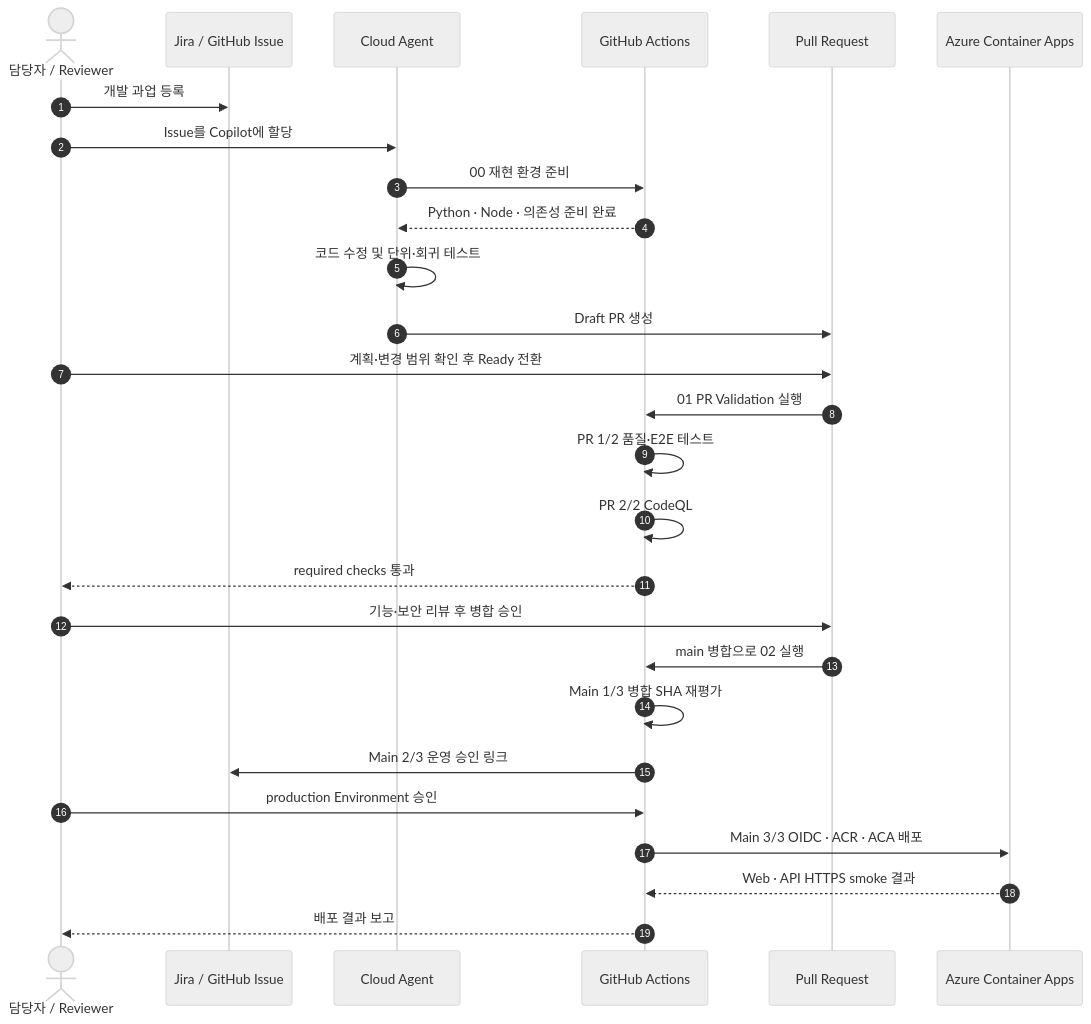
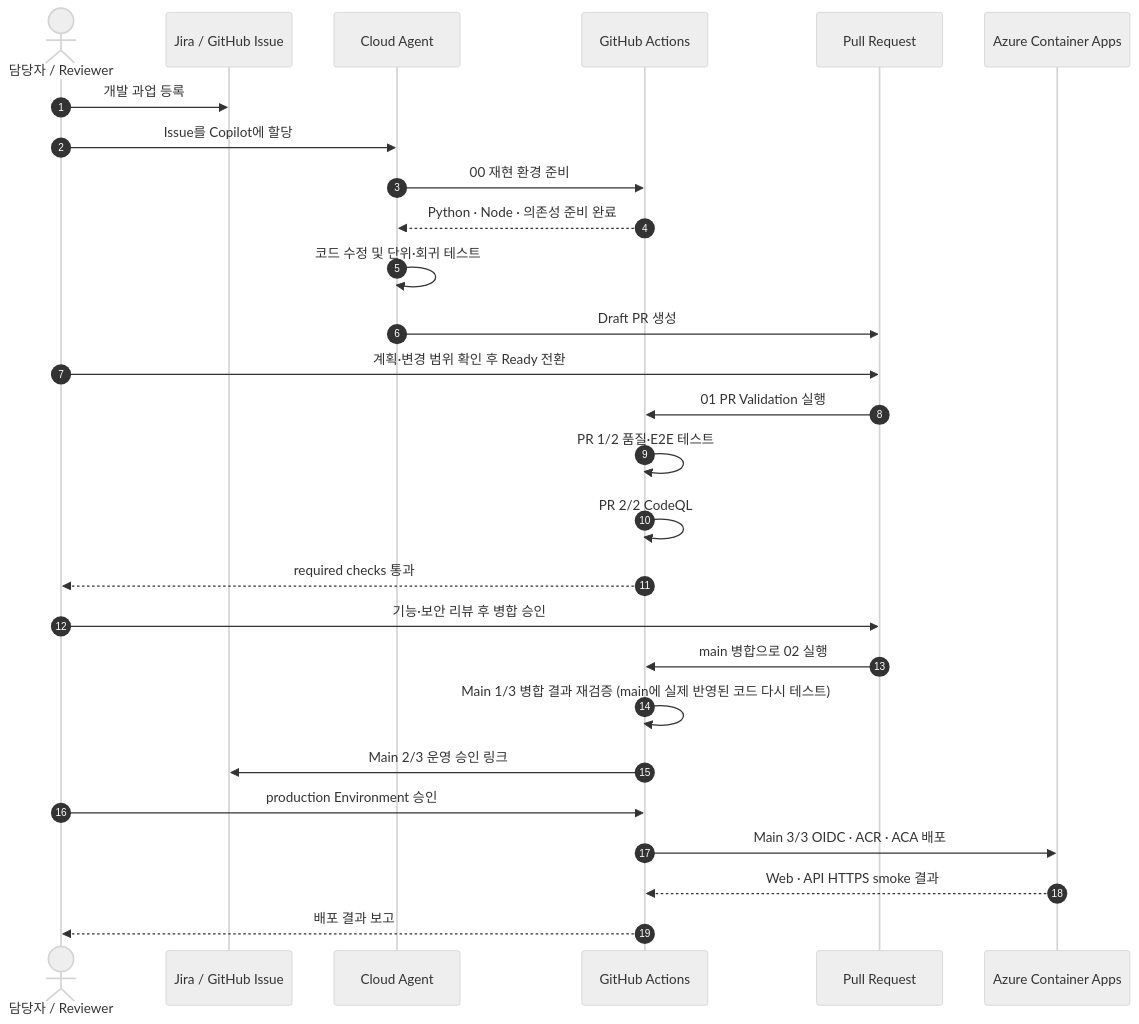
The first of 4 diagrams in README.md (hijigoo/dev-agent-workflow), drawn with Mermaid (neutral theme) before and after one commit. The commit also changed other lines of this file, not shown here.

````diff
--- a/README.md
+++ b/README.md
@@ -27,30 +27,30 @@
 ```mermaid
 sequenceDiagram
     autonumber
     actor Human as 담당자 / Reviewer
     participant Issue as Jira / GitHub Issue
     participant Agent as Cloud Agent
     participant Actions as GitHub Actions
     participant PR as Pull Request
     participant Azure as Azure Container Apps
 
     Human->>Issue: 개발 과업 등록
     Human->>Agent: Issue를 Copilot에 할당
     Agent->>Actions: 00 재현 환경 준비
     Actions-->>Agent: Python · Node · 의존성 준비 완료
     Agent->>Agent: 코드 수정 및 단위·회귀 테스트
     Agent->>PR: Draft PR 생성
     Human->>PR: 계획·변경 범위 확인 후 Ready 전환
     PR->>Actions: 01 PR Validation 실행
     Actions->>Actions: PR 1/2 품질·E2E 테스트
     Actions->>Actions: PR 2/2 CodeQL
     Actions-->>Human: required checks 통과
     Human->>PR: 기능·보안 리뷰 후 병합 승인
     PR->>Actions: main 병합으로 02 실행
-    Actions->>Actions: Main 1/3 병합 SHA 재평가
+    Actions->>Actions: Main 1/3 병합 결과 재검증 (main에 실제 반영된 코드 다시 테스트)
     Actions->>Issue: Main 2/3 운영 승인 링크
     Human->>Actions: production Environment 승인
     Actions->>Azure: Main 3/3 OIDC · ACR · ACA 배포
     Azure-->>Actions: Web · API HTTPS smoke 결과
     Actions-->>Human: 배포 결과 보고
 ```
````
